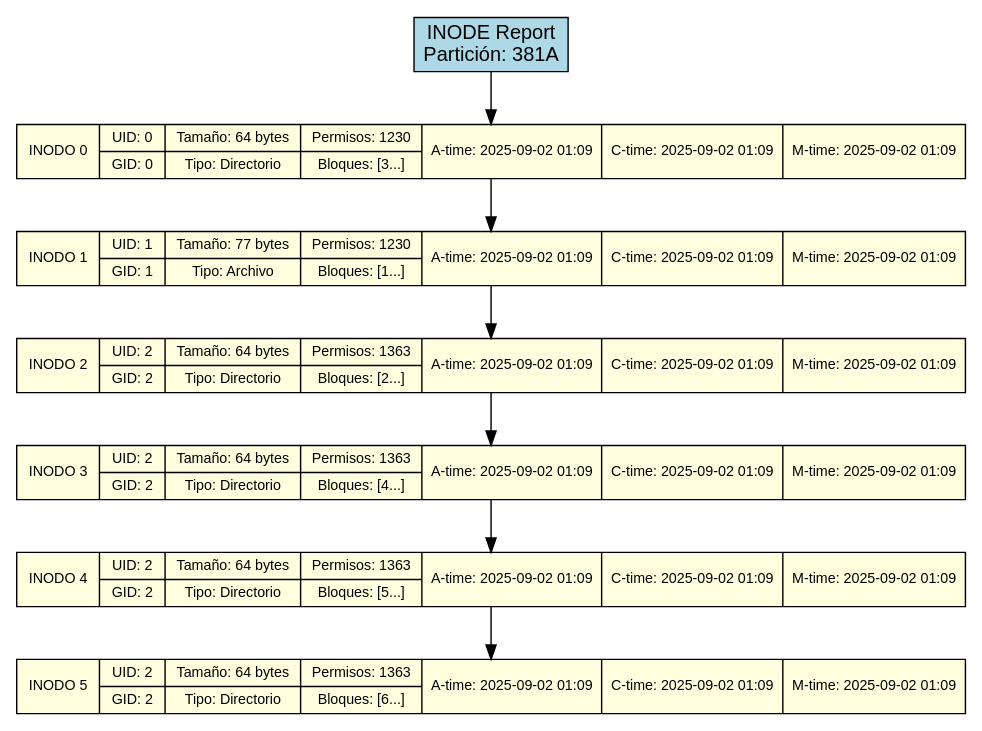
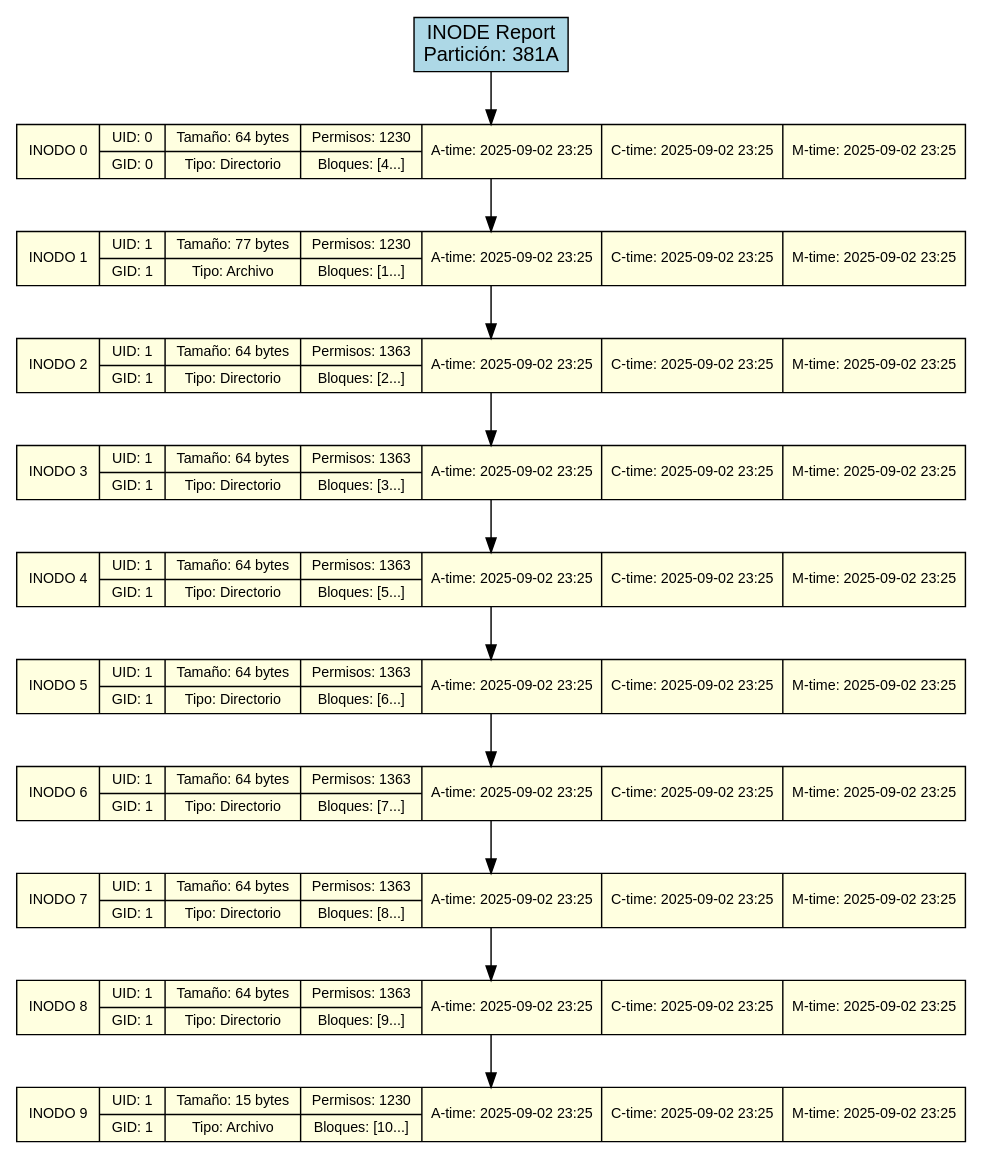
One commit to DiegVas/MIA_2S2025_P1_202300638 changed the diagram in backend/provider/reports/src/inode_381A.dot. Above: the diagram before and after it, drawn with Graphviz. The commit also changed 9 other files, not shown here.

```diff
--- a/backend/provider/reports/src/inode_381A.dot
+++ b/backend/provider/reports/src/inode_381A.dot
@@ -1,24 +1,32 @@
 digraph Inode_Report {
     rankdir=TB;
     node [shape=record, style=filled];
     graph [fontname="Arial", fontsize=12];
     node [fontname="Arial", fontsize=10];
     edge [fontname="Arial"];
 
     title [label="INODE Report\nPartición: 381A", fillcolor=lightblue, fontsize=14];
 
-    inode_0 [label="INODO 0|{UID: 0|GID: 0}|{Tamaño: 64 bytes|Tipo: Directorio}|{Permisos: 1230|Bloques: [3...]}|{A-time: 2025-09-02 01:09}|{C-time: 2025-09-02 01:09}|{M-time: 2025-09-02 01:09}", fillcolor=lightyellow];
-    inode_1 [label="INODO 1|{UID: 1|GID: 1}|{Tamaño: 77 bytes|Tipo: Archivo}|{Permisos: 1230|Bloques: [1...]}|{A-time: 2025-09-02 01:09}|{C-time: 2025-09-02 01:09}|{M-time: 2025-09-02 01:09}", fillcolor=lightyellow];
-    inode_2 [label="INODO 2|{UID: 2|GID: 2}|{Tamaño: 64 bytes|Tipo: Directorio}|{Permisos: 1363|Bloques: [2...]}|{A-time: 2025-09-02 01:09}|{C-time: 2025-09-02 01:09}|{M-time: 2025-09-02 01:09}", fillcolor=lightyellow];
-    inode_3 [label="INODO 3|{UID: 2|GID: 2}|{Tamaño: 64 bytes|Tipo: Directorio}|{Permisos: 1363|Bloques: [4...]}|{A-time: 2025-09-02 01:09}|{C-time: 2025-09-02 01:09}|{M-time: 2025-09-02 01:09}", fillcolor=lightyellow];
-    inode_4 [label="INODO 4|{UID: 2|GID: 2}|{Tamaño: 64 bytes|Tipo: Directorio}|{Permisos: 1363|Bloques: [5...]}|{A-time: 2025-09-02 01:09}|{C-time: 2025-09-02 01:09}|{M-time: 2025-09-02 01:09}", fillcolor=lightyellow];
-    inode_5 [label="INODO 5|{UID: 2|GID: 2}|{Tamaño: 64 bytes|Tipo: Directorio}|{Permisos: 1363|Bloques: [6...]}|{A-time: 2025-09-02 01:09}|{C-time: 2025-09-02 01:09}|{M-time: 2025-09-02 01:09}", fillcolor=lightyellow];
+    inode_0 [label="INODO 0|{UID: 0|GID: 0}|{Tamaño: 64 bytes|Tipo: Directorio}|{Permisos: 1230|Bloques: [4...]}|{A-time: 2025-09-02 23:25}|{C-time: 2025-09-02 23:25}|{M-time: 2025-09-02 23:25}", fillcolor=lightyellow];
+    inode_1 [label="INODO 1|{UID: 1|GID: 1}|{Tamaño: 77 bytes|Tipo: Archivo}|{Permisos: 1230|Bloques: [1...]}|{A-time: 2025-09-02 23:25}|{C-time: 2025-09-02 23:25}|{M-time: 2025-09-02 23:25}", fillcolor=lightyellow];
+    inode_2 [label="INODO 2|{UID: 1|GID: 1}|{Tamaño: 64 bytes|Tipo: Directorio}|{Permisos: 1363|Bloques: [2...]}|{A-time: 2025-09-02 23:25}|{C-time: 2025-09-02 23:25}|{M-time: 2025-09-02 23:25}", fillcolor=lightyellow];
+    inode_3 [label="INODO 3|{UID: 1|GID: 1}|{Tamaño: 64 bytes|Tipo: Directorio}|{Permisos: 1363|Bloques: [3...]}|{A-time: 2025-09-02 23:25}|{C-time: 2025-09-02 23:25}|{M-time: 2025-09-02 23:25}", fillcolor=lightyellow];
+    inode_4 [label="INODO 4|{UID: 1|GID: 1}|{Tamaño: 64 bytes|Tipo: Directorio}|{Permisos: 1363|Bloques: [5...]}|{A-time: 2025-09-02 23:25}|{C-time: 2025-09-02 23:25}|{M-time: 2025-09-02 23:25}", fillcolor=lightyellow];
+    inode_5 [label="INODO 5|{UID: 1|GID: 1}|{Tamaño: 64 bytes|Tipo: Directorio}|{Permisos: 1363|Bloques: [6...]}|{A-time: 2025-09-02 23:25}|{C-time: 2025-09-02 23:25}|{M-time: 2025-09-02 23:25}", fillcolor=lightyellow];
+    inode_6 [label="INODO 6|{UID: 1|GID: 1}|{Tamaño: 64 bytes|Tipo: Directorio}|{Permisos: 1363|Bloques: [7...]}|{A-time: 2025-09-02 23:25}|{C-time: 2025-09-02 23:25}|{M-time: 2025-09-02 23:25}", fillcolor=lightyellow];
+    inode_7 [label="INODO 7|{UID: 1|GID: 1}|{Tamaño: 64 bytes|Tipo: Directorio}|{Permisos: 1363|Bloques: [8...]}|{A-time: 2025-09-02 23:25}|{C-time: 2025-09-02 23:25}|{M-time: 2025-09-02 23:25}", fillcolor=lightyellow];
+    inode_8 [label="INODO 8|{UID: 1|GID: 1}|{Tamaño: 64 bytes|Tipo: Directorio}|{Permisos: 1363|Bloques: [9...]}|{A-time: 2025-09-02 23:25}|{C-time: 2025-09-02 23:25}|{M-time: 2025-09-02 23:25}", fillcolor=lightyellow];
+    inode_9 [label="INODO 9|{UID: 1|GID: 1}|{Tamaño: 15 bytes|Tipo: Archivo}|{Permisos: 1230|Bloques: [10...]}|{A-time: 2025-09-02 23:25}|{C-time: 2025-09-02 23:25}|{M-time: 2025-09-02 23:25}", fillcolor=lightyellow];
 
     // Conexiones de la lista enlazada
     title -> inode_0;
     inode_0 -> inode_1;
     inode_1 -> inode_2;
     inode_2 -> inode_3;
     inode_3 -> inode_4;
     inode_4 -> inode_5;
+    inode_5 -> inode_6;
+    inode_6 -> inode_7;
+    inode_7 -> inode_8;
+    inode_8 -> inode_9;
 }
```
